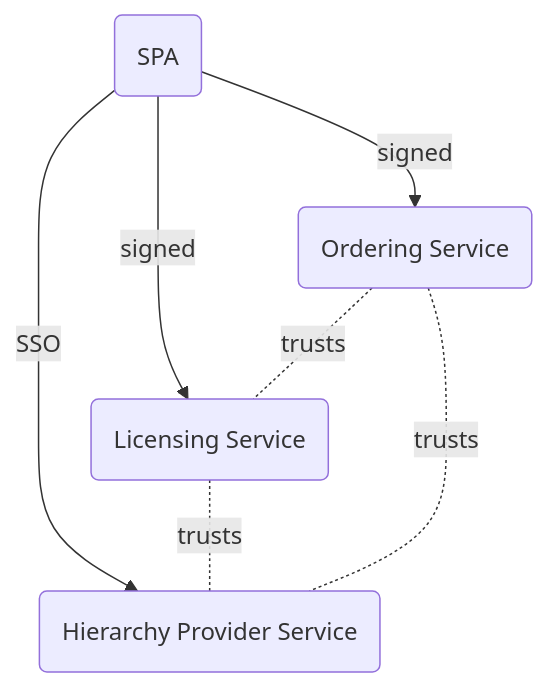
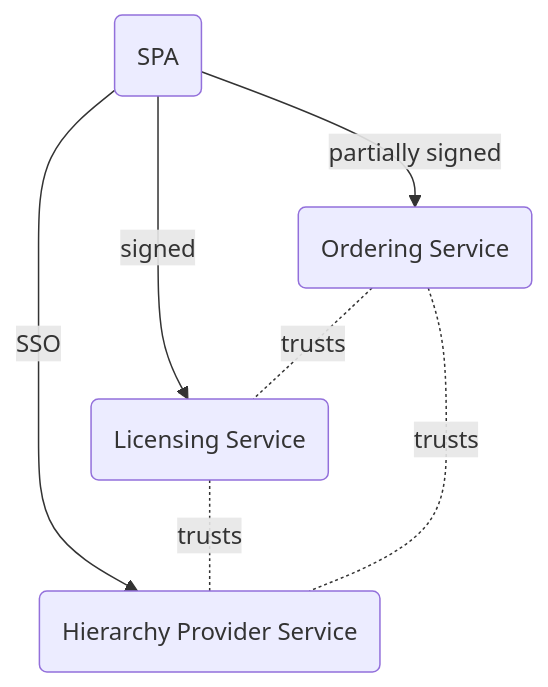
The third of 4 diagrams in docs/service-communication.md (bettermarks/license-manager-POC), drawn with Mermaid before and after one commit. The commit also changed other lines of this file, not shown here.

````diff
--- a/docs/service-communication.md
+++ b/docs/service-communication.md
@@ -39,14 +39,14 @@
 ```mermaid
 flowchart TB
 ORDS(Ordering Service)
 SPA(SPA)
 HIPS(Hierarchy Provider Service)
 LICS(Licensing Service)
 
-SPA--> |signed| ORDS;
+SPA--> |partially signed| ORDS;
 SPA--> |signed| LICS;
 SPA--> |SSO| HIPS;
 ORDS -.- |trusts| LICS;
 LICS -.- |trusts| HIPS;
 ORDS -.- |trusts| HIPS;
 ```
````
